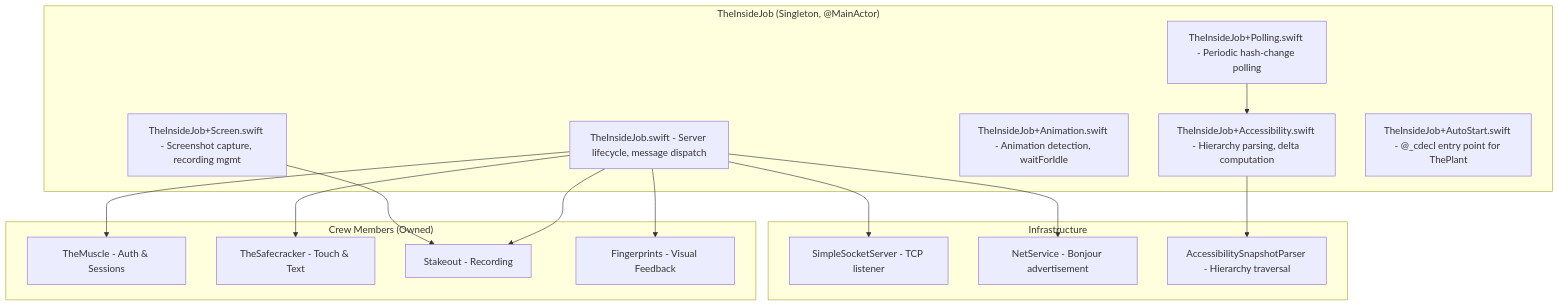
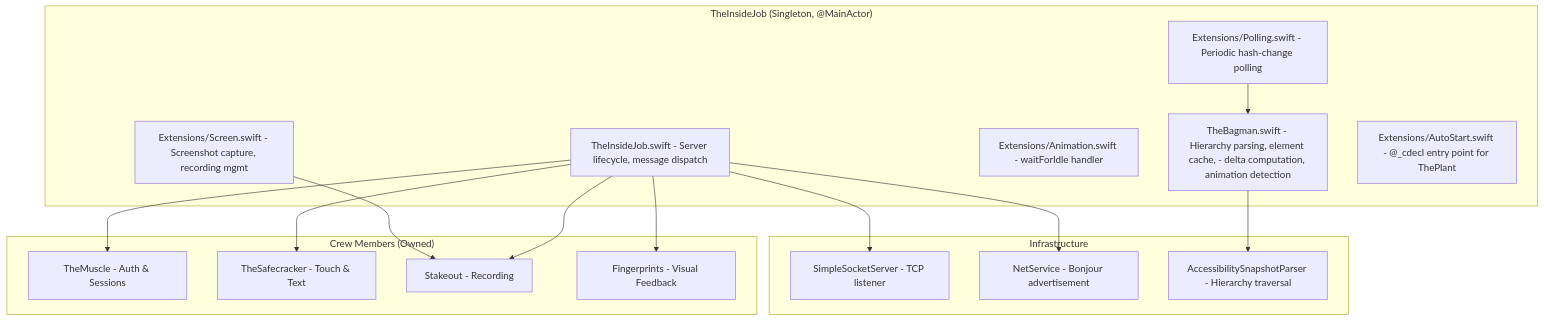
The first of 3 diagrams in docs/dossiers/07-THEINSIDEJOB.md (RoyalPineapple/TheButtonHeist), drawn with Mermaid before and after one commit. The commit also changed other lines of this file and 15 other files, not shown here.

````diff
--- a/docs/dossiers/07-THEINSIDEJOB.md
+++ b/docs/dossiers/07-THEINSIDEJOB.md
@@ -20,34 +20,34 @@
 ```mermaid
 graph TD
     subgraph TheInsideJob["TheInsideJob (Singleton, @MainActor)"]
         Core["TheInsideJob.swift - Server lifecycle, message dispatch"]
-        Acc["TheInsideJob+Accessibility.swift - Hierarchy parsing, delta computation"]
-        Anim["TheInsideJob+Animation.swift - Animation detection, waitForIdle"]
-        Poll["TheInsideJob+Polling.swift - Periodic hash-change polling"]
-        Screen["TheInsideJob+Screen.swift - Screenshot capture, recording mgmt"]
-        Auto["TheInsideJob+AutoStart.swift - @_cdecl entry point for ThePlant"]
+        Bagman["TheBagman.swift - Hierarchy parsing, element cache, - delta computation, animation detection"]
+        Anim["Extensions/Animation.swift - waitForIdle handler"]
+        Poll["Extensions/Polling.swift - Periodic hash-change polling"]
+        Screen["Extensions/Screen.swift - Screenshot capture, recording mgmt"]
+        Auto["Extensions/AutoStart.swift - @_cdecl entry point for ThePlant"]
     end
 
     subgraph Crew["Crew Members (Owned)"]
         Muscle["TheMuscle - Auth & Sessions"]
         Safecracker["TheSafecracker - Touch & Text"]
         StakeoutCrew["Stakeout - Recording"]
         Fingerprints["Fingerprints - Visual Feedback"]
     end
 
     subgraph Infra["Infrastructure"]
         Server["SimpleSocketServer - TCP listener"]
         NetService["NetService - Bonjour advertisement"]
         Parser["AccessibilitySnapshotParser - Hierarchy traversal"]
     end
 
     Core --> Muscle
     Core --> Safecracker
     Core --> StakeoutCrew
     Core --> Fingerprints
     Core --> Server
     Core --> NetService
-    Acc --> Parser
-    Poll --> Acc
+    Bagman --> Parser
+    Poll --> Bagman
     Screen --> StakeoutCrew
 ```
````
